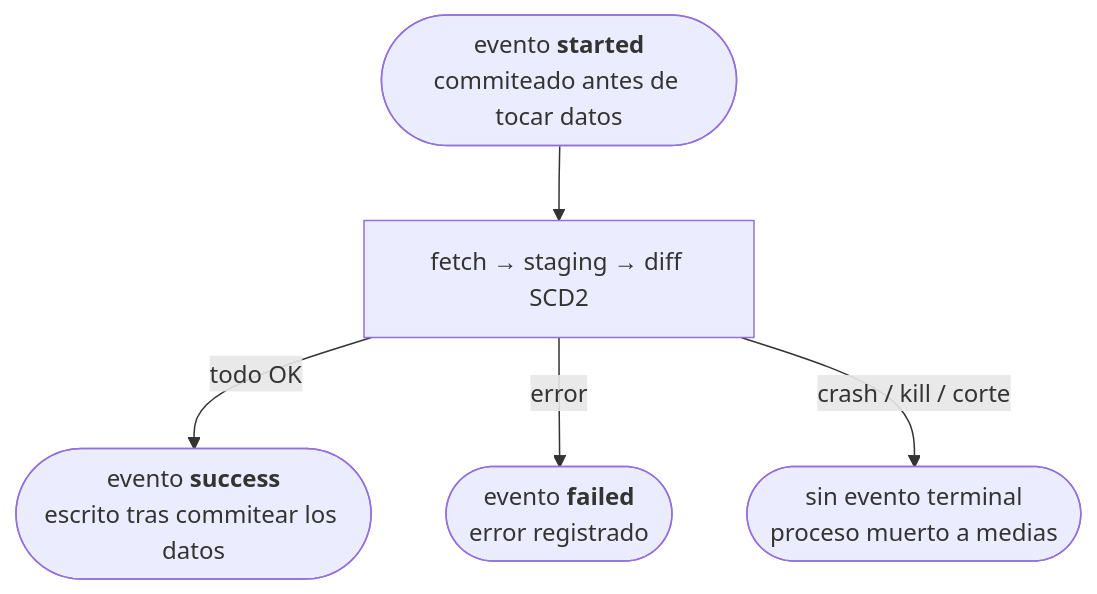
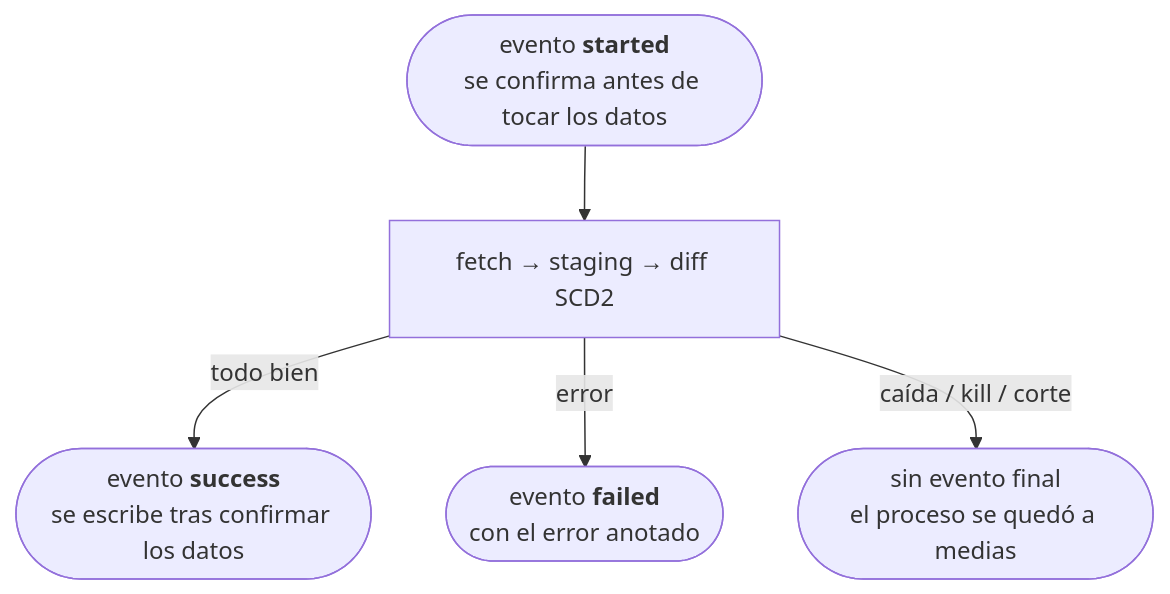
One commit to cruzlorite/bdns-fetch changed the second of 2 diagrams in packages/bdns-sync/README.md. Above: the diagram before and after it, drawn with Mermaid. The commit also changed other lines of this file and 6 other files, not shown here.

````diff
--- a/packages/bdns-sync/README.md
+++ b/packages/bdns-sync/README.md
@@ -164,7 +164,7 @@
 ```mermaid
 flowchart TD
-    A(["evento <b>started</b><br/>commiteado antes de tocar datos"]) --> B["fetch → staging → diff SCD2"]
-    B -->|todo OK| C(["evento <b>success</b><br/>escrito tras commitear los datos"])
-    B -->|error| D(["evento <b>failed</b><br/>error registrado"])
-    B -->|crash / kill / corte| E(["sin evento terminal<br/>proceso muerto a medias"])
+    A(["evento <b>started</b><br/>se confirma antes de tocar los datos"]) --> B["fetch → staging → diff SCD2"]
+    B -->|todo bien| C(["evento <b>success</b><br/>se escribe tras confirmar los datos"])
+    B -->|error| D(["evento <b>failed</b><br/>con el error anotado"])
+    B -->|caída / kill / corte| E(["sin evento final<br/>el proceso se quedó a medias"])
 ```
````
